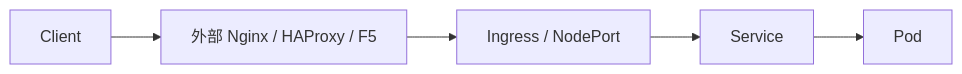
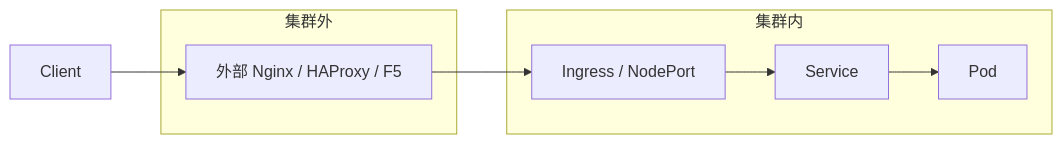
One commit to hwang-protocol/docker_k8s_2026 changed the second of 3 diagrams in k8s/03-north-south-traffic/docs/00_north_south_theory.md. Above: the diagram before and after it, drawn with Mermaid. The commit also changed other lines of this file, not shown here.

````diff
--- a/k8s/03-north-south-traffic/docs/00_north_south_theory.md
+++ b/k8s/03-north-south-traffic/docs/00_north_south_theory.md
@@ -139,13 +109,19 @@
 ```mermaid
 flowchart LR
   client1[Client]
-  lb1[外部 Nginx / HAProxy / F5]
-  ingress1[Ingress / NodePort]
-  svc1[Service]
-  pod1[Pod]
+
+  subgraph outside1["集群外"]
+    lb1[外部 Nginx / HAProxy / F5]
+  end
+
+  subgraph inside1["集群内"]
+    ingress1[Ingress / NodePort]
+    svc1[Service]
+    pod1[Pod]
+    ingress1 --> svc1
+    svc1 --> pod1
+  end
 
   client1 --> lb1
   lb1 --> ingress1
-  ingress1 --> svc1
-  svc1 --> pod1
 ```
````
